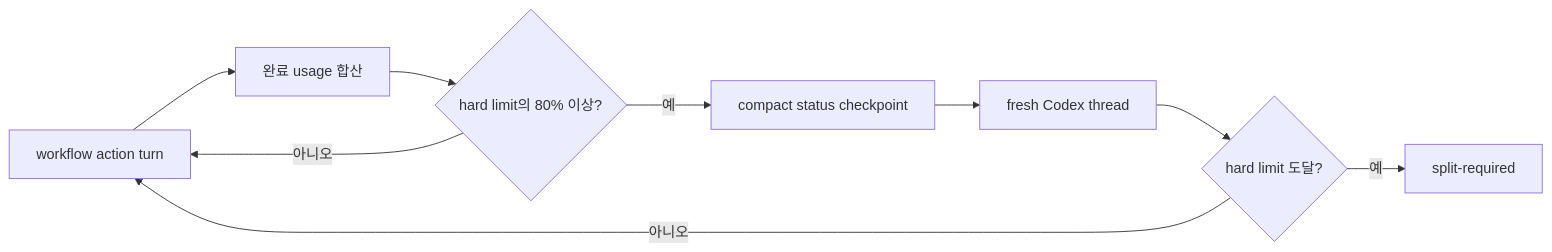
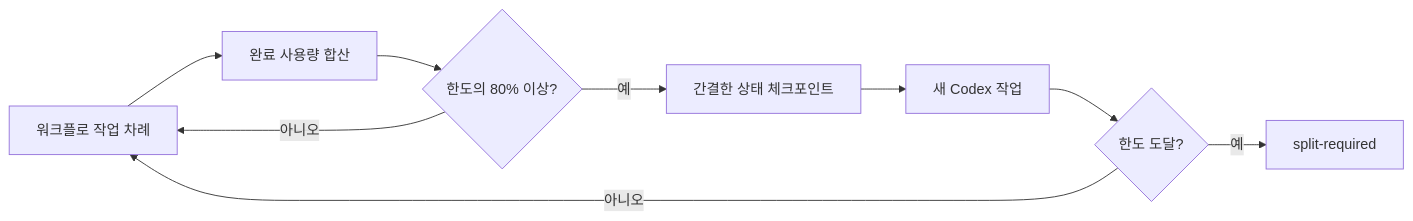
Before and after one commit to dhyun2/spec-to-pr: the first of 2 diagrams in website/docs/concepts/pipeline.md, drawn with Mermaid. The commit also changed other lines of this file and 83 other files, not shown here.

````diff
--- a/website/docs/concepts/pipeline.md
+++ b/website/docs/concepts/pipeline.md
@@ -66,11 +68,11 @@
 ```mermaid
 flowchart LR
-    T["workflow action turn"] --> U["완료 usage 합산"]
-    U --> C{"hard limit의 80% 이상?"}
+    T["워크플로 작업 차례"] --> U["완료 사용량 합산"]
+    U --> C{"한도의 80% 이상?"}
     C -->|아니오| T
-    C -->|예| K["compact status checkpoint"]
-    K --> N["fresh Codex thread"]
-    N --> H{"hard limit 도달?"}
+    C -->|예| K["간결한 상태 체크포인트"]
+    K --> N["새 Codex 작업"]
+    N --> H{"한도 도달?"}
     H -->|아니오| T
     H -->|예| S["split-required"]
 ```
````
